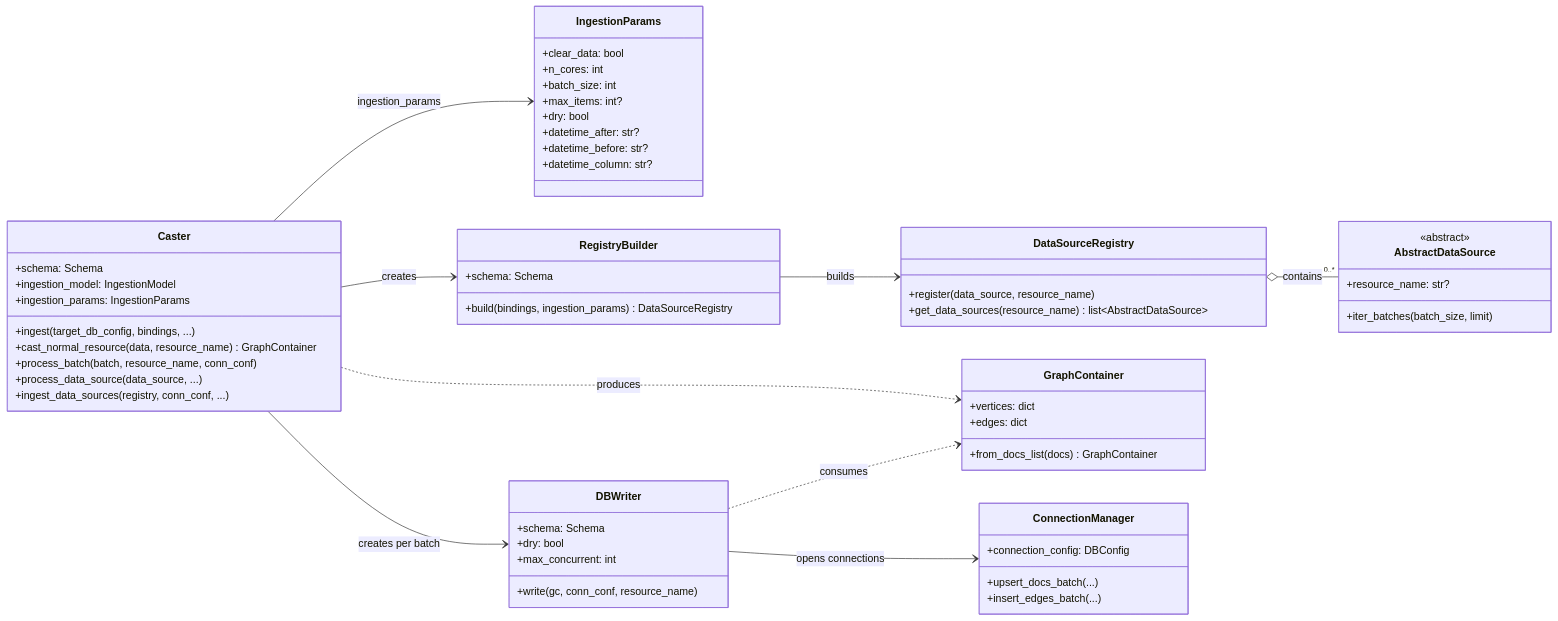
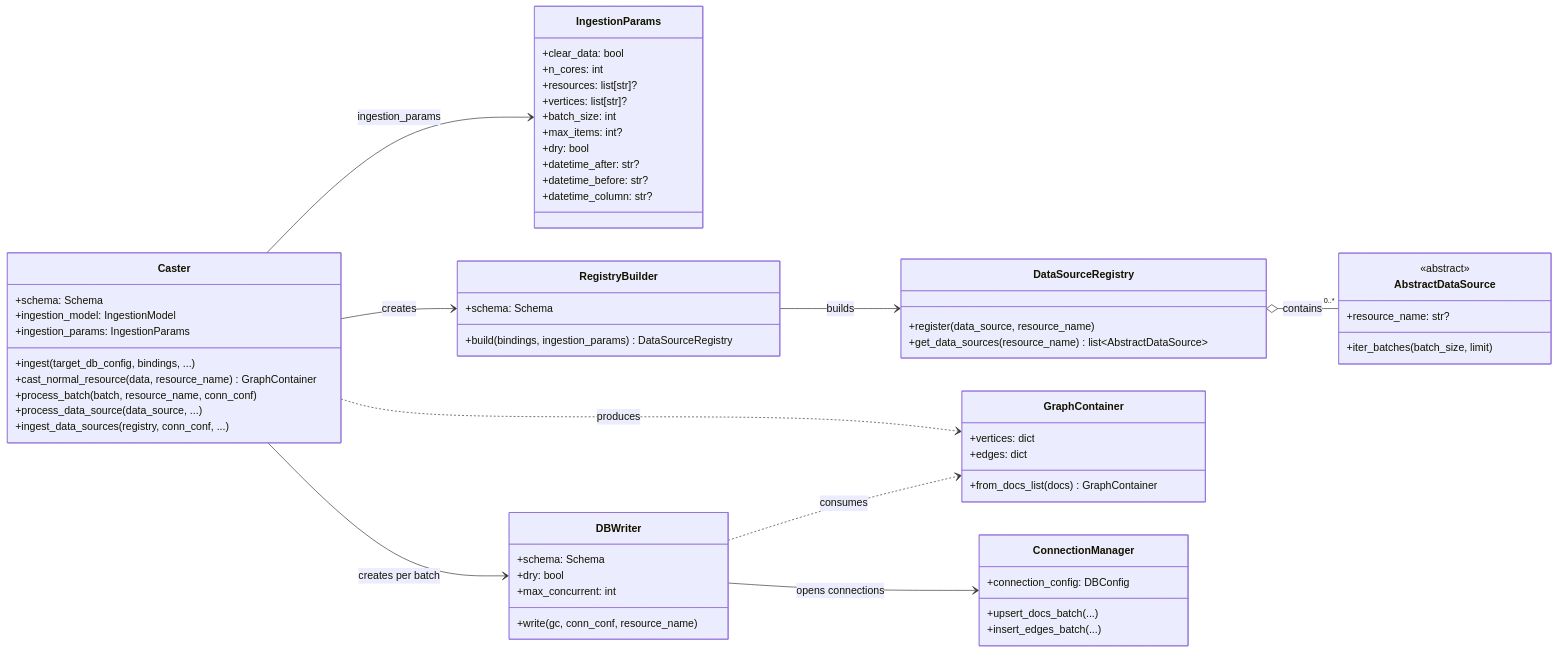
One commit to StevenBtw/graflo changed the sixth of 8 diagrams in docs/concepts/index.md. Above: the diagram before and after it, drawn with Mermaid. The commit also changed 37 other files, not shown here.

````diff
--- a/docs/concepts/index.md
+++ b/docs/concepts/index.md
@@ -402,70 +402,72 @@
 ```mermaid
 classDiagram
     direction LR
 
     class Caster {
         +schema: Schema
         +ingestion_model: IngestionModel
         +ingestion_params: IngestionParams
         +ingest(target_db_config, bindings, ...)
         +cast_normal_resource(data, resource_name) GraphContainer
         +process_batch(batch, resource_name, conn_conf)
         +process_data_source(data_source, ...)
         +ingest_data_sources(registry, conn_conf, ...)
     }
 
     class IngestionParams {
         +clear_data: bool
         +n_cores: int
+        +resources: list[str]?
+        +vertices: list[str]?
         +batch_size: int
         +max_items: int?
         +dry: bool
         +datetime_after: str?
         +datetime_before: str?
         +datetime_column: str?
     }
 
     class RegistryBuilder {
         +schema: Schema
         +build(bindings, ingestion_params) DataSourceRegistry
     }
 
     class DataSourceRegistry {
         +register(data_source, resource_name)
         +get_data_sources(resource_name) list~AbstractDataSource~
     }
 
     class DBWriter {
         +schema: Schema
         +dry: bool
         +max_concurrent: int
         +write(gc, conn_conf, resource_name)
     }
 
     class GraphContainer {
         +vertices: dict
         +edges: dict
         +from_docs_list(docs) GraphContainer
     }
 
     class ConnectionManager {
         +connection_config: DBConfig
         +upsert_docs_batch(...)
         +insert_edges_batch(...)
     }
 
     class AbstractDataSource {
         <<abstract>>
         +resource_name: str?
         +iter_batches(batch_size, limit)
     }
 
     Caster --> IngestionParams : ingestion_params
     Caster --> RegistryBuilder : creates
     RegistryBuilder --> DataSourceRegistry : builds
     Caster --> DBWriter : creates per batch
     Caster ..> GraphContainer : produces
     DBWriter ..> GraphContainer : consumes
     DBWriter --> ConnectionManager : opens connections
     DataSourceRegistry o-- "0..*" AbstractDataSource : contains
 ```
````
